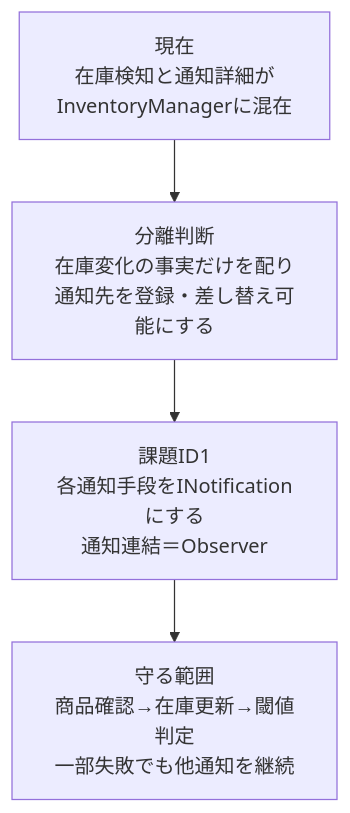
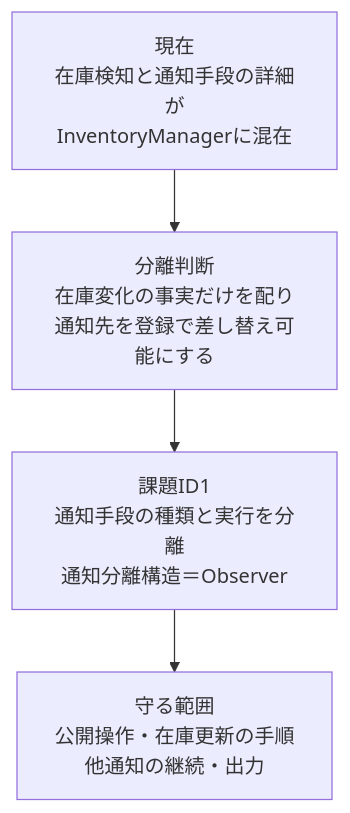
The seventh of 17 diagrams in kindle/design-patterns/output/chapter07.md (kumachan1101-pixel/DesignPattern), drawn with Mermaid before and after one commit. The commit also changed other lines of this file and 3 other files, not shown here.

````diff
--- a/kindle/design-patterns/output/chapter07.md
+++ b/kindle/design-patterns/output/chapter07.md
@@ -1455,6 +1455,6 @@
 ```mermaid
 flowchart TB
-    A[現在<br/>在庫検知と通知詳細が<br/>InventoryManagerに混在] --> B[分離判断<br/>在庫変化の事実だけを配り<br/>通知先を登録・差し替え可能にする]
-    B --> C[課題ID1<br/>各通知手段をINotificationにする<br/>通知連結＝Observer]
-    C --> D[守る範囲<br/>商品確認→在庫更新→閾値判定<br/>一部失敗でも他通知を継続]
+    A[現在<br/>在庫検知と通知手段の詳細が<br/>InventoryManagerに混在] --> B[分離判断<br/>在庫変化の事実だけを配り<br/>通知先を登録で差し替え可能にする]
+    B --> C[課題ID1<br/>通知手段の種類と実行を分離<br/>通知分離構造＝Observer]
+    C --> D[守る範囲<br/>公開操作・在庫更新の手順<br/>他通知の継続・出力]
 ```
````
